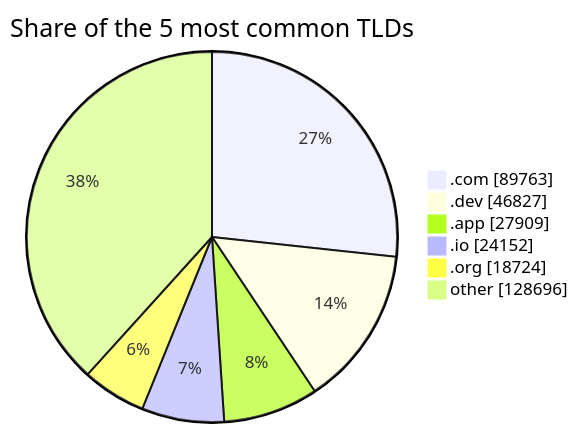
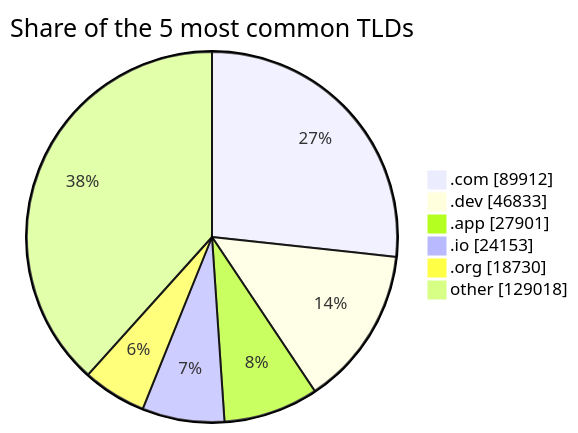
The third of 3 diagrams in README.md (DNSBunker/CTI), drawn with Mermaid before and after one commit. The commit also changed other lines of this file and 3 other files, not shown here.

````diff
--- a/README.md
+++ b/README.md
@@ -81,9 +81,9 @@
 ```mermaid
 pie showData title Share of the 5 most common TLDs
-    ".com" : 89763
-    ".dev" : 46827
-    ".app" : 27909
-    ".io" : 24152
-    ".org" : 18724
-    "other" : 128696
+    ".com" : 89912
+    ".dev" : 46833
+    ".app" : 27901
+    ".io" : 24153
+    ".org" : 18730
+    "other" : 129018
 ```
````
